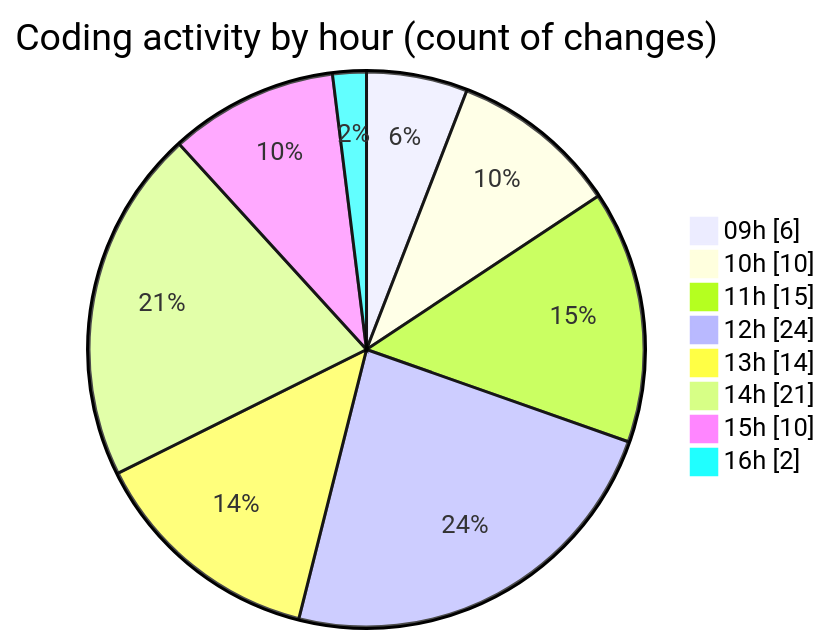
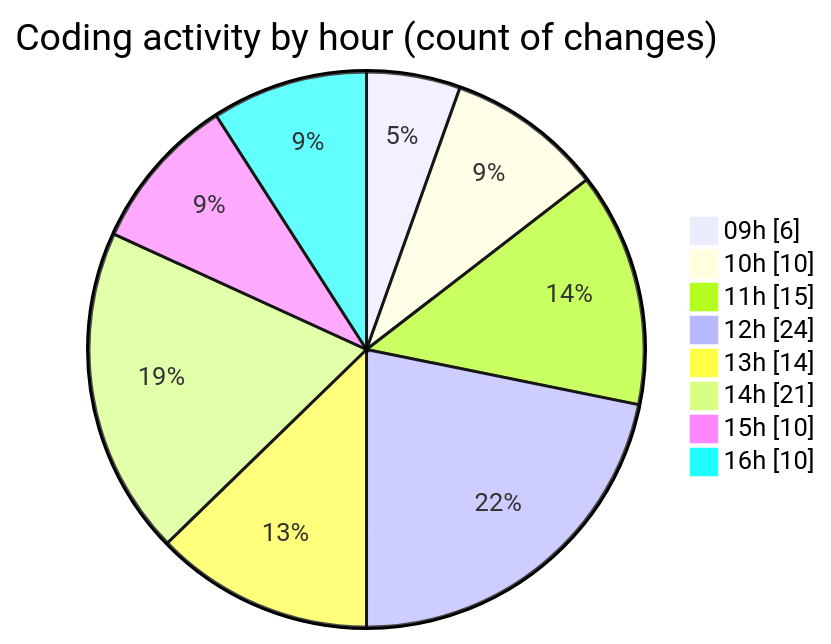
Before and after one commit to momahboobian/code-tracking: the second of 2 diagrams in 2025-06-04/cda/README.md, drawn with Mermaid. The commit also changed other lines of this file and 1 other file, not shown here.

````diff
--- a/2025-06-04/cda/README.md
+++ b/2025-06-04/cda/README.md
@@ -40,12 +45,12 @@
 ```mermaid
 pie showData
 title Coding activity by hour (count of changes)
 "09h" : 6
 "10h" : 10
 "11h" : 15
 "12h" : 24
 "13h" : 14
 "14h" : 21
 "15h" : 10
-"16h" : 2
+"16h" : 10
 ```
````
